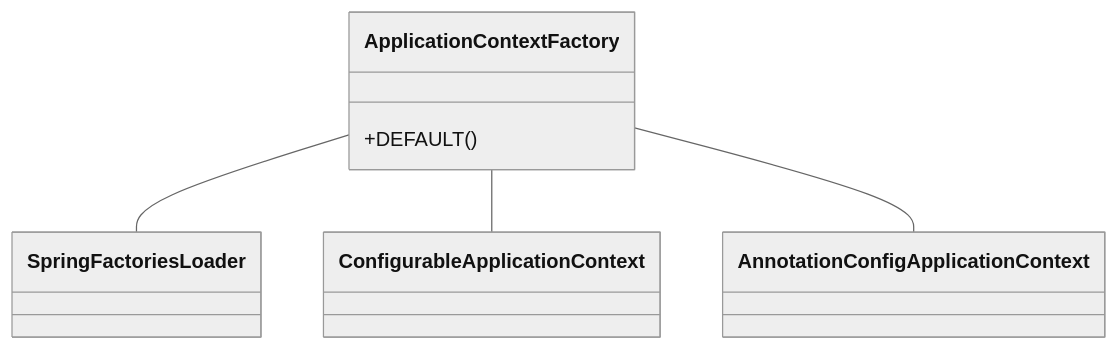
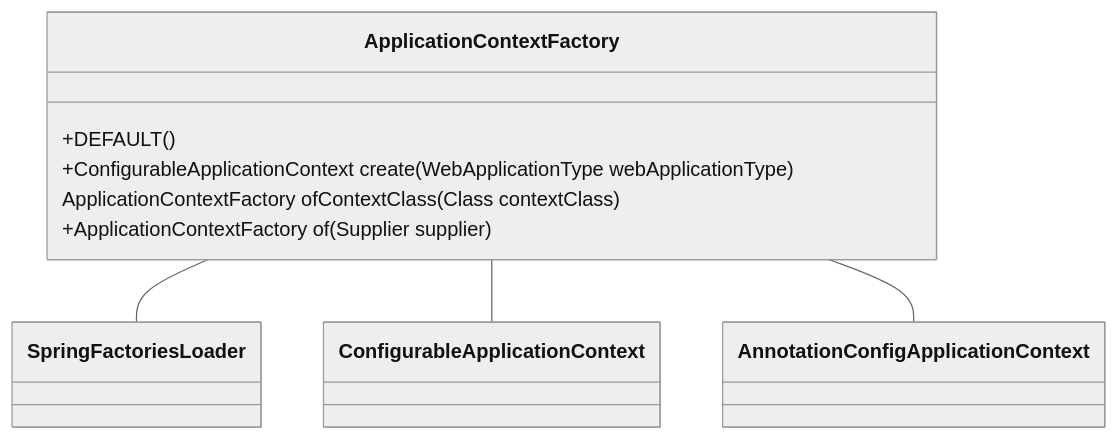
The second of 8 diagrams in dikw/info/di-src/di-src-spring/di-src-spring-boot.md (devopssecotw/devopssecotw.github.io), drawn with Mermaid (neutral theme) before and after one commit. The commit also changed other lines of this file and 2 other files, not shown here.

````diff
--- a/dikw/info/di-src/di-src-spring/di-src-spring-boot.md
+++ b/dikw/info/di-src/di-src-spring/di-src-spring-boot.md
@@ -41,9 +41,12 @@
 ```mermaid
 classDiagram
     class ApplicationContextFactory
     ApplicationContextFactory :+DEFAULT()
+    ApplicationContextFactory :+ConfigurableApplicationContext create(WebApplicationType webApplicationType)
+    ApplicationContextFactory:ApplicationContextFactory ofContextClass(Class<?> contextClass)
+    ApplicationContextFactory :+ApplicationContextFactory of(Supplier<ConfigurableApplicationContext> supplier) 
 
     ApplicationContextFactory -- SpringFactoriesLoader
     ApplicationContextFactory -- ConfigurableApplicationContext
     ApplicationContextFactory -- AnnotationConfigApplicationContext
 ```
````
